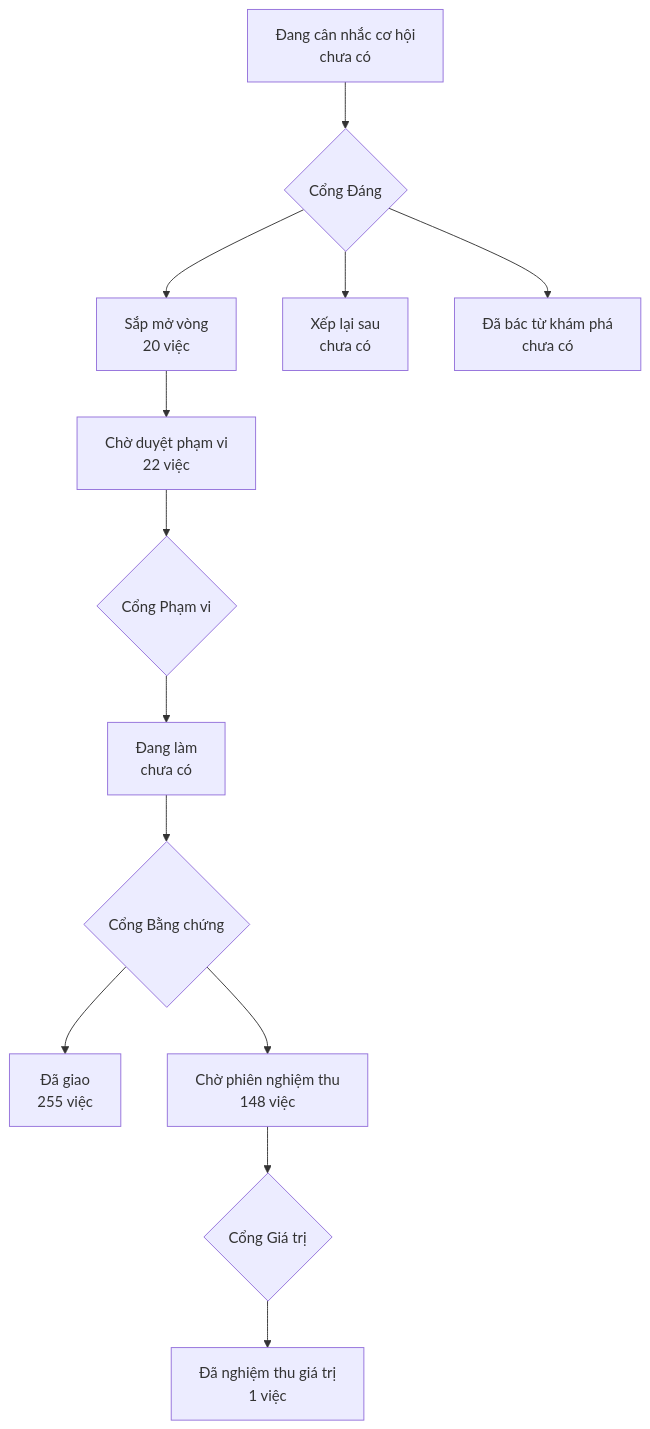
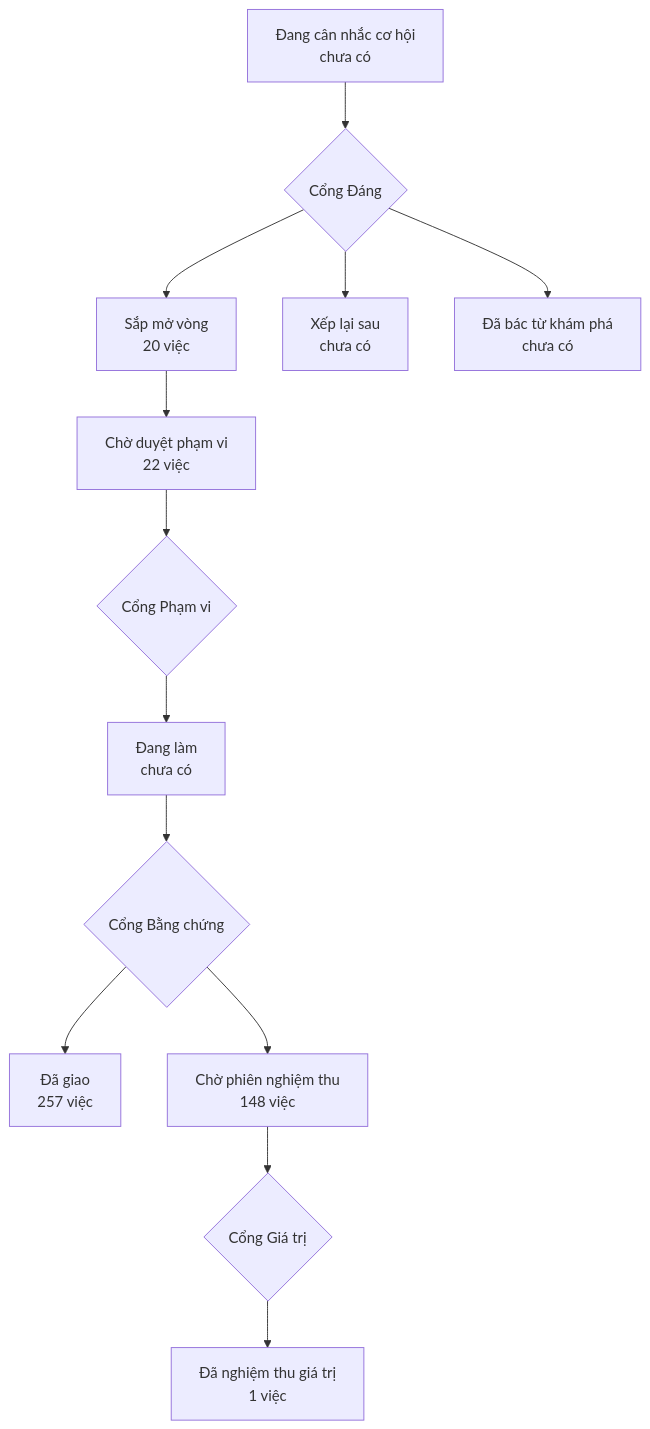
Before and after one commit to phanlemanh/onehub-invest: the diagram in PRODUCT-MAP.md, drawn with Mermaid. The commit also changed other lines of this file and 1 other file, not shown here.

Commit message:
chore(map): vẽ lại bản đồ sau khi gộp main (ca-du-lieu-that-danh-ba-vat-the)

````diff
--- a/PRODUCT-MAP.md
+++ b/PRODUCT-MAP.md
@@ -7,12 +7,12 @@
 ```mermaid
 flowchart TD
   A["Đang cân nhắc cơ hội<br/>chưa có"] --> GD{"Cổng Đáng"}
   GD --> B["Sắp mở vòng<br/>20 việc"]
   GD --> XL["Xếp lại sau<br/>chưa có"]
   GD --> DB["Đã bác từ khám phá<br/>chưa có"]
   B --> CD["Chờ duyệt phạm vi<br/>22 việc"] --> GP{"Cổng Phạm vi"}
   GP --> DL["Đang làm<br/>chưa có"] --> GB{"Cổng Bằng chứng"}
-  GB --> DG["Đã giao<br/>255 việc"]
+  GB --> DG["Đã giao<br/>257 việc"]
   GB --> CN["Chờ phiên nghiệm thu<br/>148 việc"] --> GG{"Cổng Giá trị"}
   GG --> NT["Đã nghiệm thu giá trị<br/>1 việc"]
 ```
````
